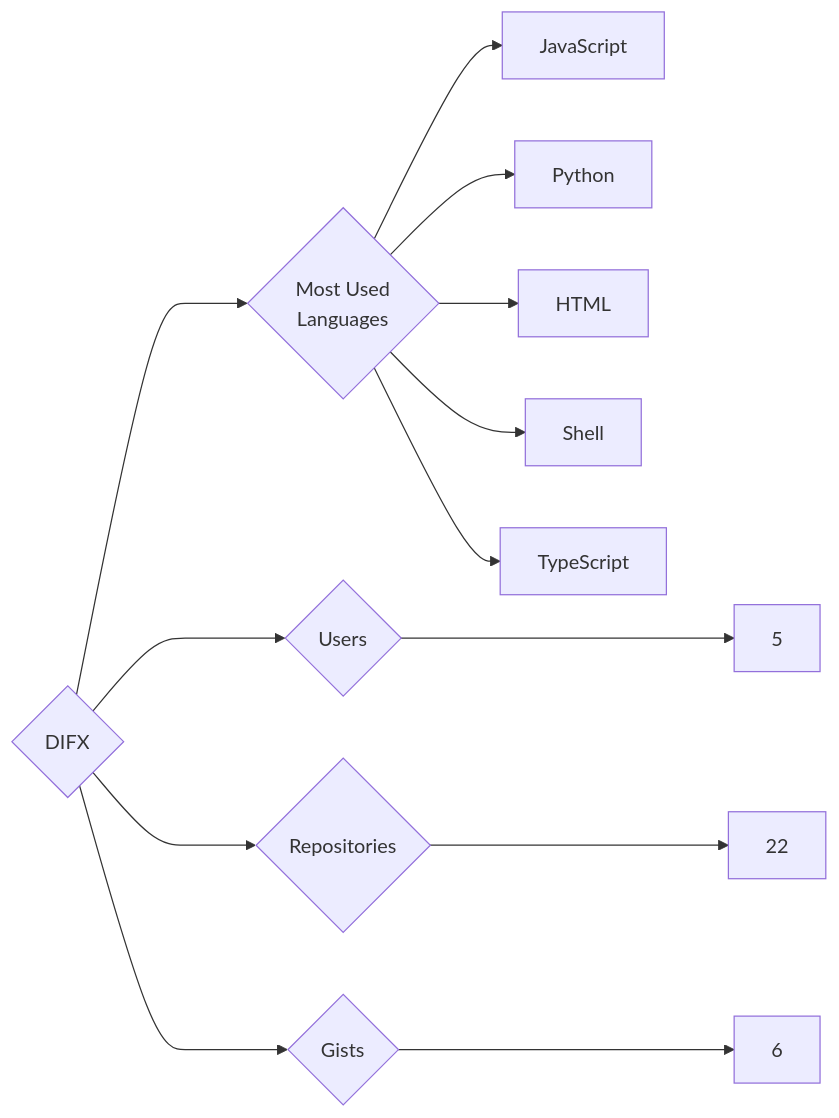
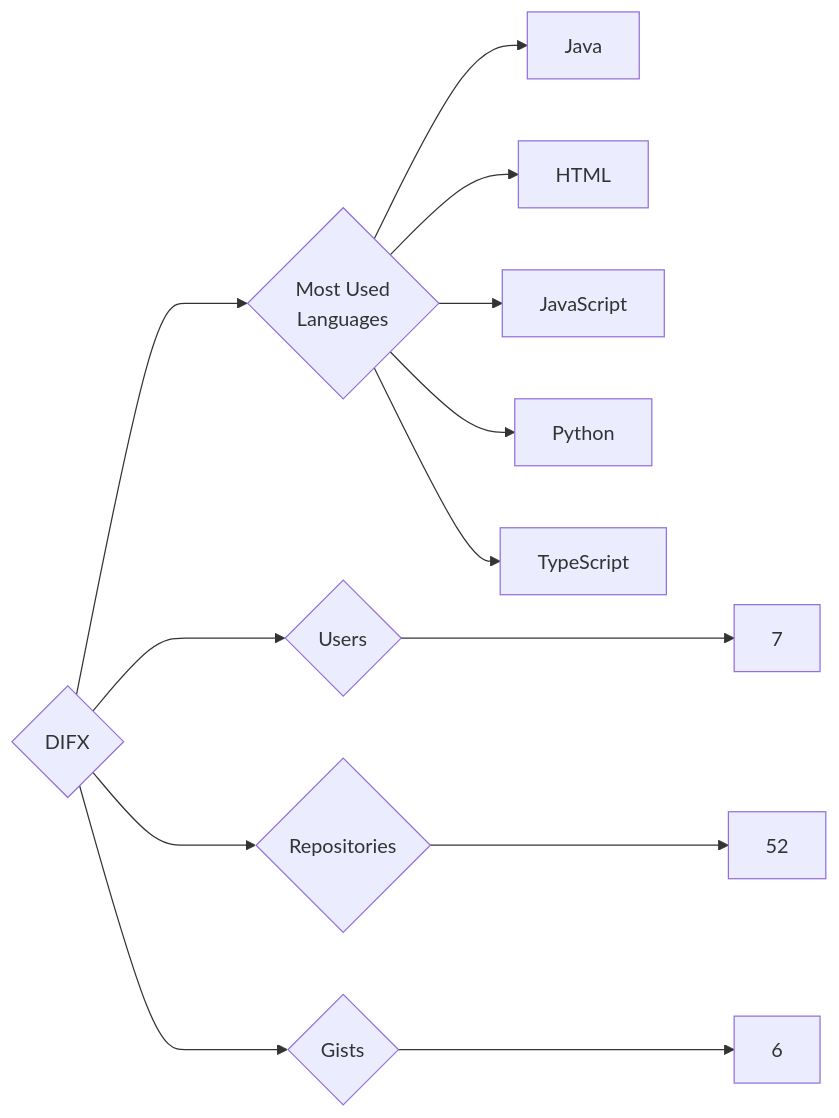
One commit to trickest/insiders changed the diagram in targets/DIFX/README.md. Above: the diagram before and after it, drawn with Mermaid. The commit also changed 859 other files, not shown here.

````diff
--- a/targets/DIFX/README.md
+++ b/targets/DIFX/README.md
@@ -3,13 +3,13 @@
 ```mermaid
 graph LR
 COMPANY_NAME{DIFX}
-COMPANY_NAME ---> U{Users} ---> UN[5]
-COMPANY_NAME ---> R{Repositories} ---> RN[22]
+COMPANY_NAME ---> U{Users} ---> UN[7]
+COMPANY_NAME ---> R{Repositories} ---> RN[52]
 COMPANY_NAME ---> G{Gists} ---> GN[6]
 COMPANY_NAME ---> ML{Most Used<br>Languages}
+ML --> Java[Java]
+ML --> HTML[HTML]
 ML --> JavaScript[JavaScript]
 ML --> Python[Python]
-ML --> HTML[HTML]
-ML --> Shell[Shell]
 ML --> TypeScript[TypeScript]
 ```
````
